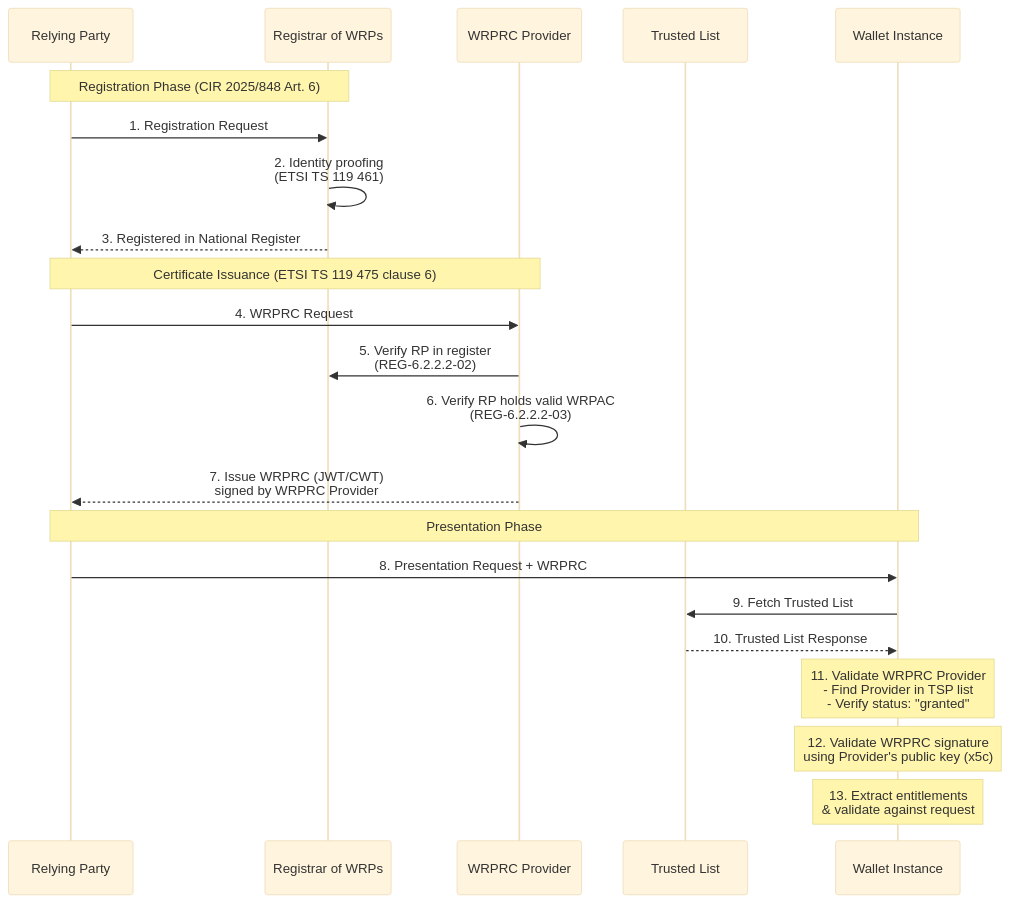
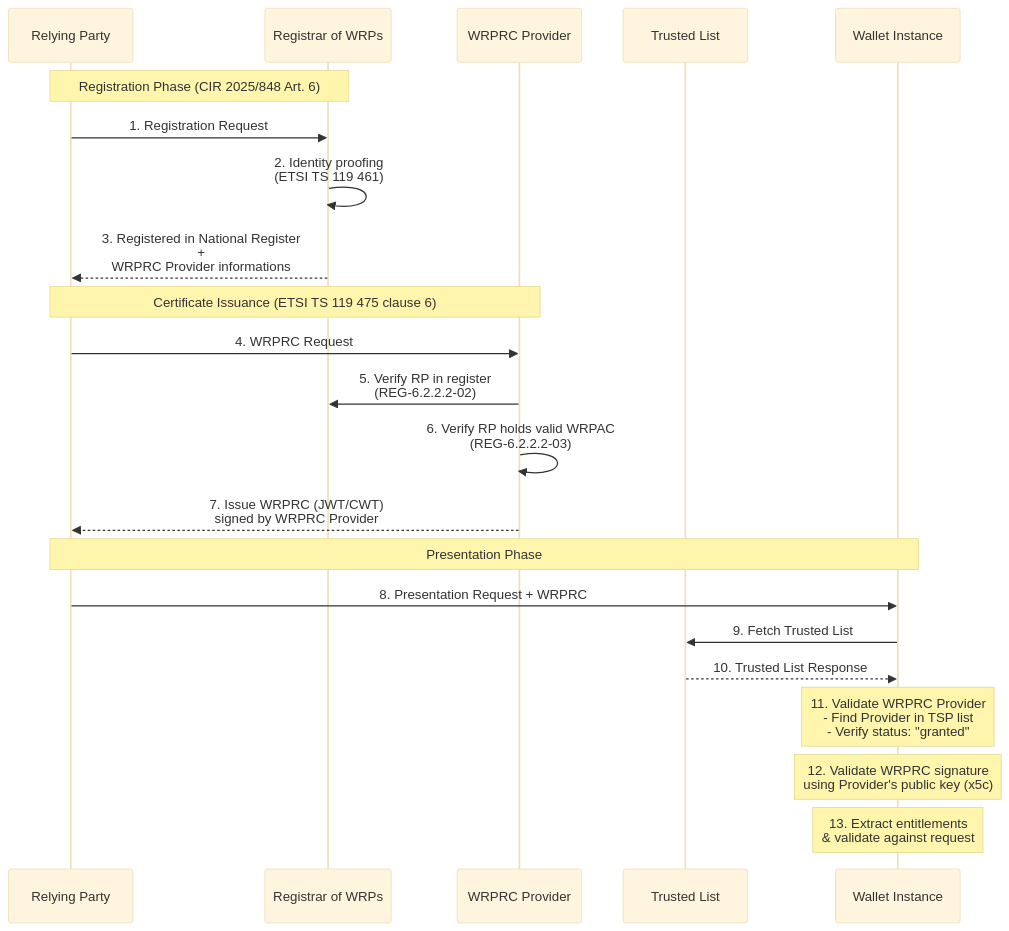
Before and after one commit to webuild-consortium/wp4-trust-group: the fourth of 11 diagrams in task2-trust-framework/wallet-policy-discovery.md, drawn with Mermaid (base theme). The commit also changed other lines of this file, not shown here.

````diff
--- a/task2-trust-framework/wallet-policy-discovery.md
+++ b/task2-trust-framework/wallet-policy-discovery.md
@@ -179,27 +179,27 @@
 ```mermaid
 sequenceDiagram
     participant RP as Relying Party
     participant REG as Registrar of WRPs
     participant WRPRC_P as WRPRC Provider
     participant TL as Trusted List
     participant W as Wallet Instance
 
     Note over RP,REG: Registration Phase (CIR 2025/848 Art. 6)
     RP->>REG: 1. Registration Request
     REG->>REG: 2. Identity proofing<br/>(ETSI TS 119 461)
-    REG-->>RP: 3. Registered in National Register
+    REG-->>RP: 3. Registered in National Register <br> + <br> WRPRC Provider informations
 
     Note over RP,WRPRC_P: Certificate Issuance (ETSI TS 119 475 clause 6)
     RP->>WRPRC_P: 4. WRPRC Request
     WRPRC_P->>REG: 5. Verify RP in register<br/>(REG-6.2.2.2-02)
     WRPRC_P->>WRPRC_P: 6. Verify RP holds valid WRPAC<br/>(REG-6.2.2.2-03)
     WRPRC_P-->>RP: 7. Issue WRPRC (JWT/CWT)<br/>signed by WRPRC Provider
 
     Note over RP,W: Presentation Phase
     RP->>W: 8. Presentation Request + WRPRC
     W->>TL: 9. Fetch Trusted List
     TL-->>W: 10. Trusted List Response
     Note over W: 11. Validate WRPRC Provider<br/>- Find Provider in TSP list<br/>- Verify status: "granted"
     Note over W: 12. Validate WRPRC signature<br/>using Provider's public key (x5c)
     Note over W: 13. Extract entitlements<br/>& validate against request
 ```
````
